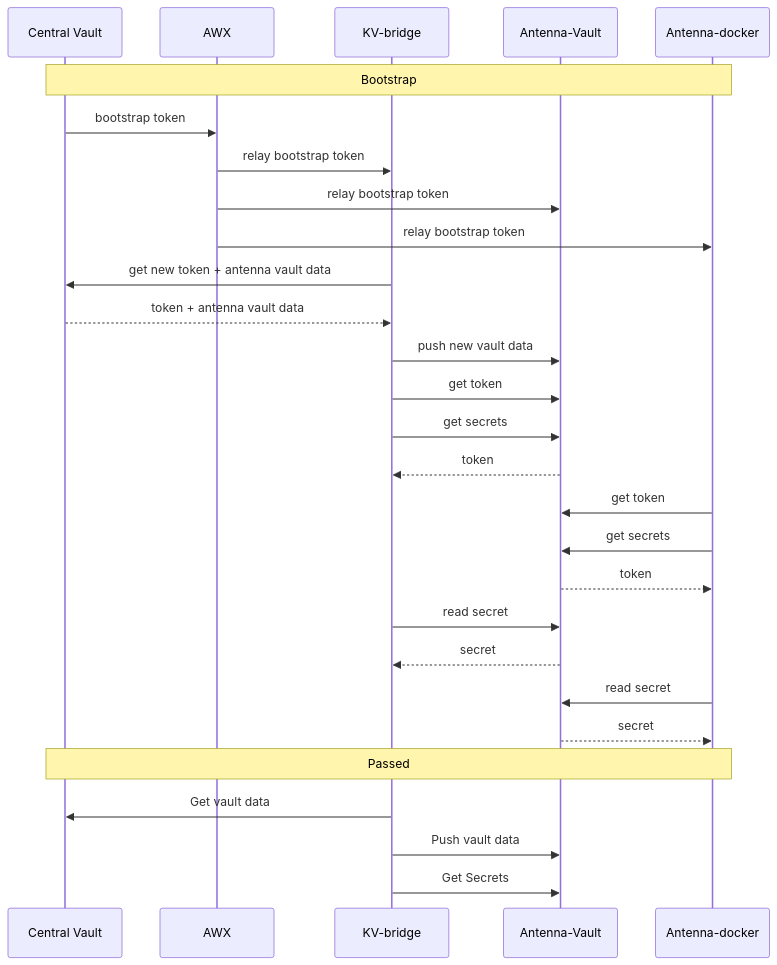
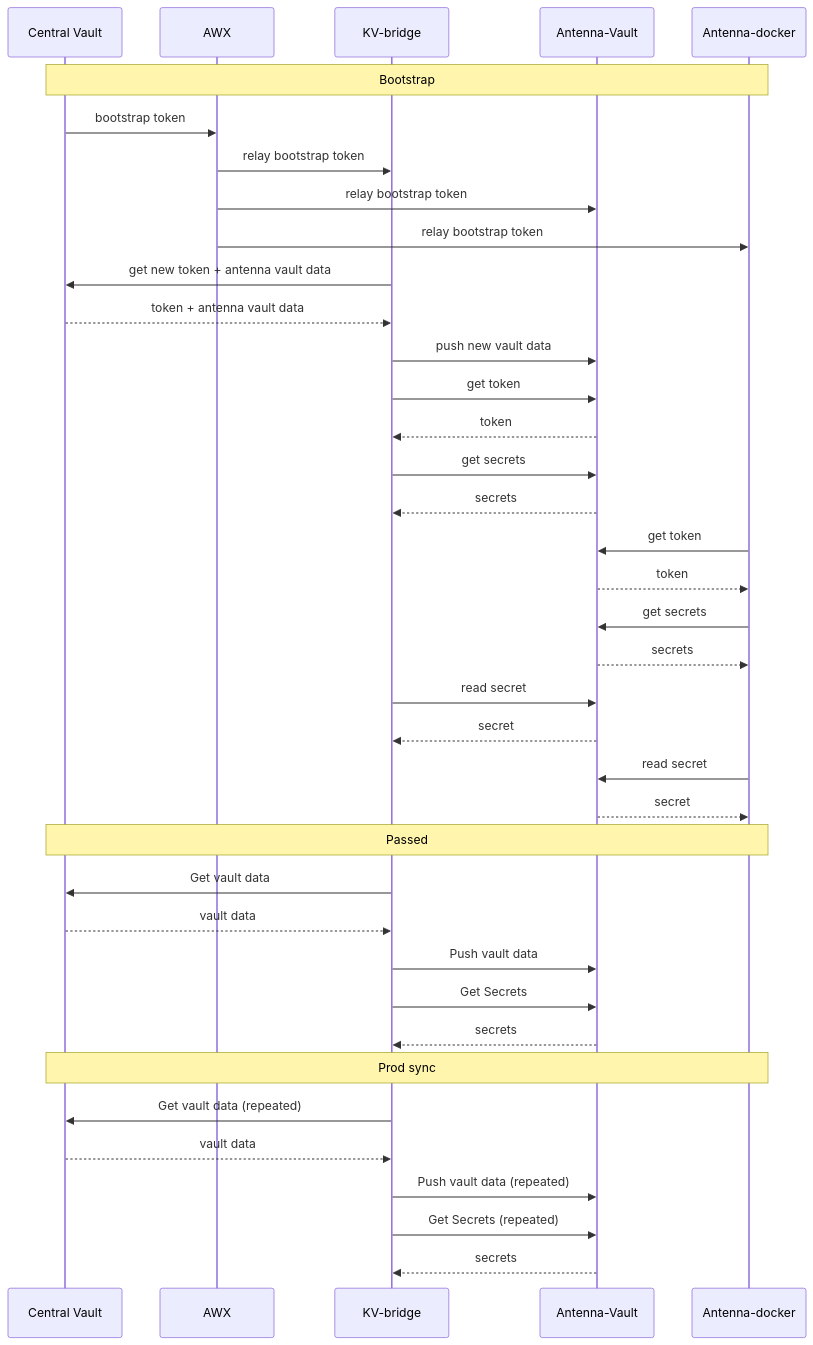
One commit to Benjy0812/kv-bridge changed the diagram in flow.mermaid. Above: the diagram before and after it, drawn with Mermaid.

Commit message:
show getting back requests and add with passed its also prod sync

```diff
--- a/flow.mermaid
+++ b/flow.mermaid
@@ -1,36 +1,48 @@
+%%{init: {'theme': 'light', 'themeVariables': { 'primaryColor': '#007acc', 'primaryTextColor': '#fff', 'primaryBorderColor': '#007acc', 'lineColor': '#007acc', 'secondaryColor': '#f0f0f0', 'tertiaryColor': '#fff'}}}%%
 sequenceDiagram
     participant CLOUD as Central Vault
     participant AWX as AWX
     participant BRIDGE as KV-bridge
     participant ANTENNA_VAULT as Antenna-Vault
     participant ANTENNA_DOCKER as Antenna-docker
 
     Note over CLOUD,ANTENNA_DOCKER: Bootstrap
     CLOUD->>AWX: bootstrap token
     AWX->>BRIDGE: relay bootstrap token
     AWX->>ANTENNA_VAULT: relay bootstrap token
     AWX->>ANTENNA_DOCKER: relay bootstrap token
 
     BRIDGE->>CLOUD: get new token + antenna vault data
     CLOUD-->>BRIDGE: token + antenna vault data
 
     BRIDGE->>ANTENNA_VAULT: push new vault data
     BRIDGE->>ANTENNA_VAULT: get token
+    ANTENNA_VAULT-->>BRIDGE: token
     BRIDGE->>ANTENNA_VAULT: get secrets
-    ANTENNA_VAULT-->>BRIDGE: token
+    ANTENNA_VAULT-->>BRIDGE: secrets
 
 
     ANTENNA_DOCKER->>ANTENNA_VAULT: get token
+    ANTENNA_VAULT-->>ANTENNA_DOCKER: token
     ANTENNA_DOCKER->>ANTENNA_VAULT: get secrets
-    ANTENNA_VAULT-->>ANTENNA_DOCKER: token
+    ANTENNA_VAULT-->>ANTENNA_DOCKER: secrets
 
     BRIDGE->>ANTENNA_VAULT: read secret
     ANTENNA_VAULT-->>BRIDGE: secret
 
     ANTENNA_DOCKER->>ANTENNA_VAULT: read secret
     ANTENNA_VAULT-->>ANTENNA_DOCKER: secret
 
     Note over CLOUD,ANTENNA_DOCKER: Passed
     BRIDGE ->> CLOUD: Get vault data
+    CLOUD-->>BRIDGE: vault data
     BRIDGE ->> ANTENNA_VAULT: Push vault data
     BRIDGE ->> ANTENNA_VAULT: Get Secrets
+    ANTENNA_VAULT-->>BRIDGE: secrets
+
+    Note over CLOUD,ANTENNA_DOCKER: Prod sync
+    BRIDGE ->> CLOUD: Get vault data (repeated)
+    CLOUD-->>BRIDGE: vault data
+    BRIDGE ->> ANTENNA_VAULT: Push vault data (repeated)
+    BRIDGE ->> ANTENNA_VAULT: Get Secrets (repeated)
+    ANTENNA_VAULT-->>BRIDGE: secrets
```
